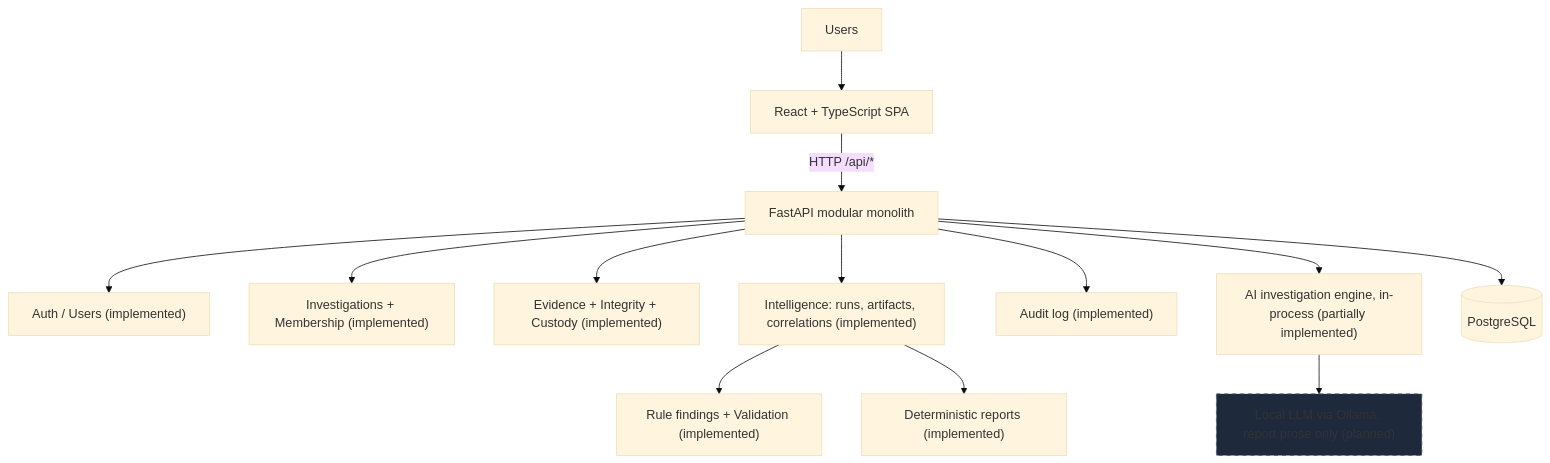
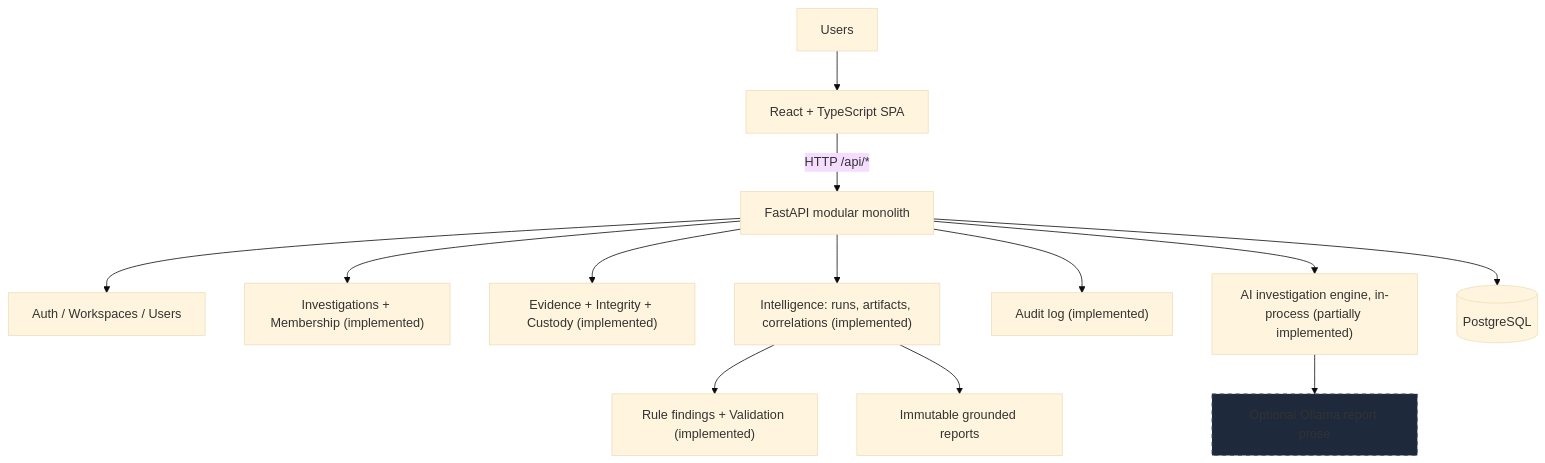
One commit to shikhar-sahay/provena changed the first of 2 diagrams in README.md. Above: the diagram before and after it, drawn with Mermaid (base theme). The commit also changed other lines of this file and 6 other files, not shown here.

````diff
--- a/README.md
+++ b/README.md
@@ -103,16 +108,16 @@
 ```mermaid
 flowchart TB
     Users --> SPA["React + TypeScript SPA"]
     SPA -->|"HTTP /api/*"| API["FastAPI modular monolith"]
-    API --> Auth["Auth / Users (implemented)"]
+    API --> Auth["Auth / Workspaces / Users"]
     API --> Inv["Investigations + Membership (implemented)"]
     API --> Ev["Evidence + Integrity + Custody (implemented)"]
     API --> Intel["Intelligence: runs, artifacts, correlations (implemented)"]
     Intel --> Find["Rule findings + Validation (implemented)"]
-    Intel --> Rep["Deterministic reports (implemented)"]
+    Intel --> Rep["Immutable grounded reports"]
     API --> Audit["Audit log (implemented)"]
     API --> AI["AI investigation engine, in-process (partially implemented)"]
-    AI --> LLM["Local LLM via Ollama, report prose only (planned)"]
+    AI --> LLM["Optional Ollama report prose"]
     API --> PG[("PostgreSQL")]
     style LLM fill:#1e293b,stroke:#475569,stroke-dasharray: 5 5
 ```
````
